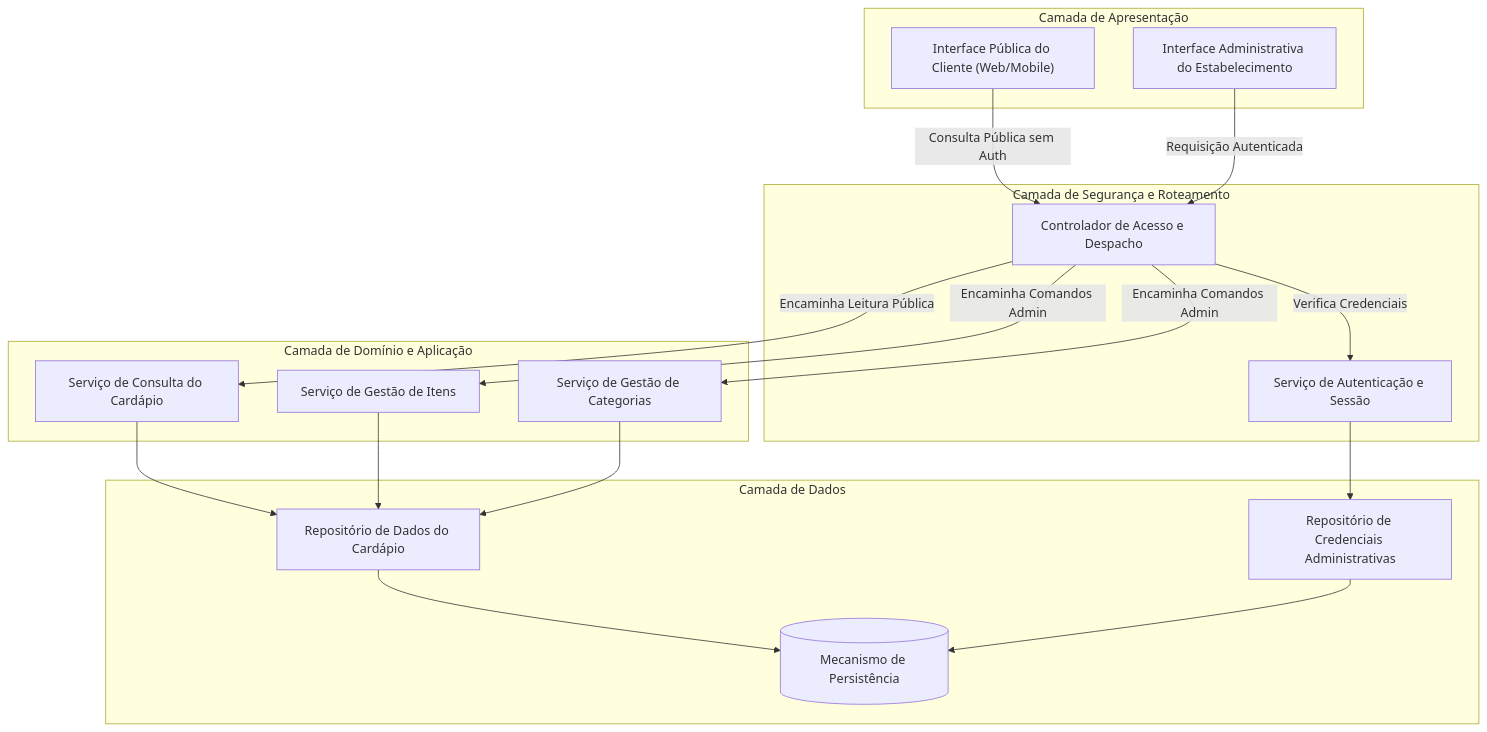
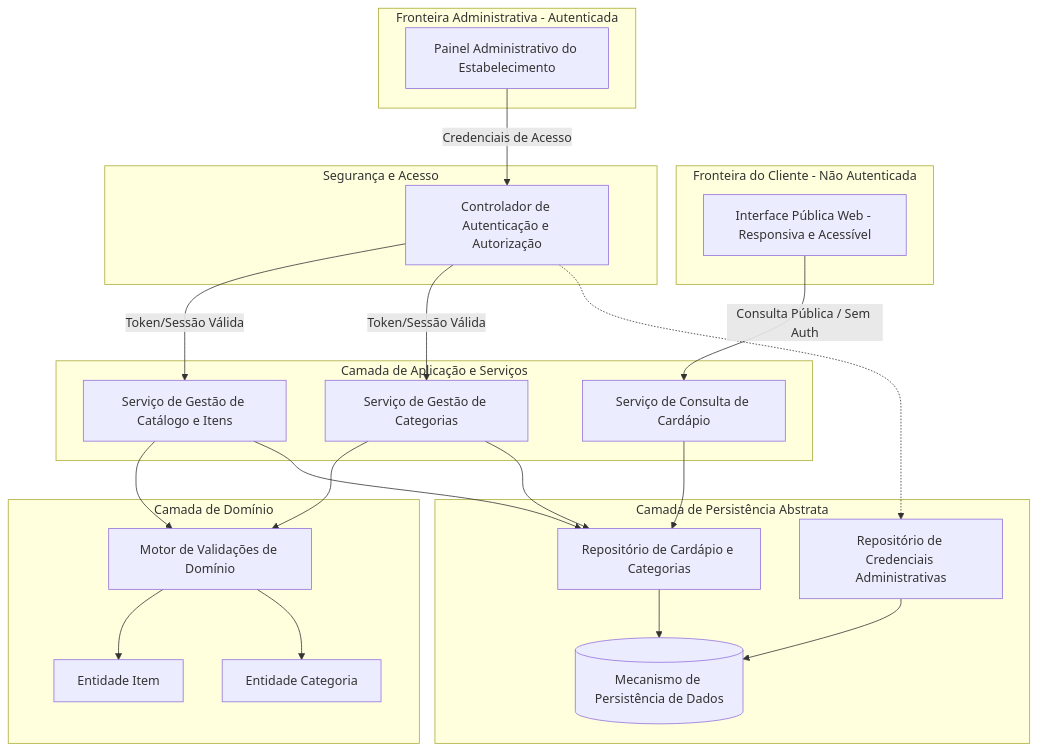
One commit to PDC-ESIA/AI4ES changed the first of 4 diagrams in docs/Time_2_Design/analise-qualitativa/outputs/relatorio_gemini_3_7_flash_P01.md. Above: the diagram before and after it, drawn with Mermaid. The commit also changed other lines of this file and 107 other files, not shown here.

````diff
--- a/docs/Time_2_Design/analise-qualitativa/outputs/relatorio_gemini_3_7_flash_P01.md
+++ b/docs/Time_2_Design/analise-qualitativa/outputs/relatorio_gemini_3_7_flash_P01.md
@@ -22,40 +26,49 @@
 ```mermaid
 graph TD
-    subgraph Camada_Apresentacao ["Camada de Apresentação"]
-        UI_Publica["Interface Pública do Cliente (Web/Mobile)"]
-        UI_Admin["Interface Administrativa do Estabelecimento"]
+    subgraph Fronteira_Cliente [Fronteira do Cliente - Não Autenticada]
+        UI_Pub[Interface Pública Web - Responsiva e Acessível]
     end
 
-    subgraph Camada_Controle_Acesso ["Camada de Segurança e Roteamento"]
-        Gateway_Controlador["Controlador de Acesso e Despacho"]
-        Servico_Autenticacao["Serviço de Autenticação e Sessão"]
+    subgraph Fronteira_Administrativa [Fronteira Administrativa - Autenticada]
+        UI_Admin[Painel Administrativo do Estabelecimento]
     end
 
-    subgraph Camada_Negocio ["Camada de Domínio e Aplicação"]
-        Servico_Catalogo["Serviço de Consulta do Cardápio"]
-        Servico_Gestao_Cardapio["Serviço de Gestão de Itens"]
-        Servico_Categorias["Serviço de Gestão de Categorias"]
+    subgraph Camada_Controle_Acesso [Segurança e Acesso]
+        Auth_GW[Controlador de Autenticação e Autorização]
     end
 
-    subgraph Camada_Persistencia ["Camada de Dados"]
-        Repositorio_Cardapio["Repositório de Dados do Cardápio"]
-        Repositorio_Admin["Repositório de Credenciais Administrativas"]
-        Mecanismo_Armazenamento[("Mecanismo de Persistência")]
+    subgraph Camada_Aplicacao [Camada de Aplicação e Serviços]
+        Servico_Publico[Serviço de Consulta de Cardápio]
+        Servico_Gestao_Catalogo[Serviço de Gestão de Catálogo e Itens]
+        Servico_Gestao_Categoria[Serviço de Gestão de Categorias]
     end
 
-    UI_Publica -->|Consulta Pública sem Auth| Gateway_Controlador
-    UI_Admin -->|Requisição Autenticada| Gateway_Controlador
+    subgraph Camada_Dominio [Camada de Domínio]
+        Modelo_Item[Entidade Item]
+        Modelo_Categoria[Entidade Categoria]
+        Validador_Regras[Motor de Validações de Domínio]
+    end
 
-    Gateway_Controlador -->|Verifica Credenciais| Servico_Autenticacao
-    Gateway_Controlador -->|Encaminha Leitura Pública| Servico_Catalogo
-    Gateway_Controlador -->|Encaminha Comandos Admin| Servico_Gestao_Cardapio
-    Gateway_Controlador -->|Encaminha Comandos Admin| Servico_Categorias
+    subgraph Camada_Persistencia [Camada de Persistência Abstrata]
+        Repositorio_Cardapio[Repositório de Cardápio e Categorias]
+        Repositorio_Usuarios[Repositório de Credenciais Administrativas]
+        Armazenamento[(Mecanismo de Persistência de Dados)]
+    end
 
-    Servico_Autenticacao --> Repositorio_Admin
-    Servico_Catalogo --> Repositorio_Cardapio
-    Servico_Gestao_Cardapio --> Repositorio_Cardapio
-    Servico_Categorias --> Repositorio_Cardapio
+    UI_Pub -->|Consulta Pública / Sem Auth| Servico_Publico
+    UI_Admin -->|Credenciais de Acesso| Auth_GW
+    Auth_GW -->|Token/Sessão Válida| Servico_Gestao_Catalogo
+    Auth_GW -->|Token/Sessão Válida| Servico_Gestao_Categoria
+    Auth_GW -.-> Repositorio_Usuarios
 
-    Repositorio_Cardapio --> Mecanismo_Armazenamento
-    Repositorio_Admin --> Mecanismo_Armazenamento
+    Servico_Publico --> Repositorio_Cardapio
+    Servico_Gestao_Catalogo --> Validador_Regras
+    Servico_Gestao_Categoria --> Validador_Regras
+    Validador_Regras --> Modelo_Item
+    Validador_Regras --> Modelo_Categoria
+
+    Servico_Gestao_Catalogo --> Repositorio_Cardapio
+    Servico_Gestao_Categoria --> Repositorio_Cardapio
+    Repositorio_Cardapio --> Armazenamento
+    Repositorio_Usuarios --> Armazenamento
 ```
````
